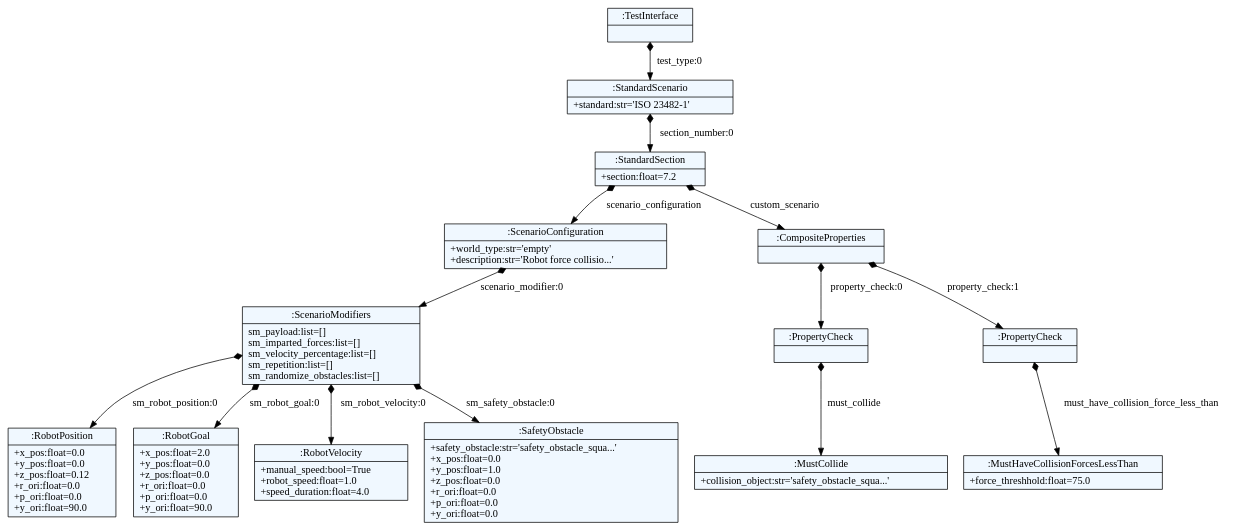
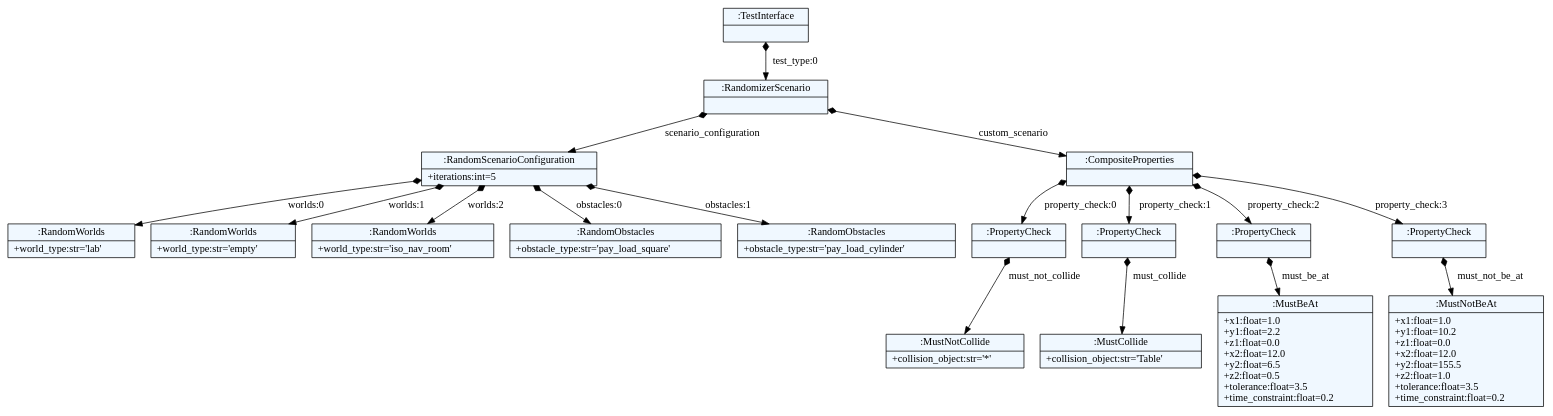
Before and after one commit to SOHAIL1996/property_based_tester: the diagram in src/property_based_tester/property_based_language_generation/test_definitions.dot, drawn with Graphviz. The commit also changed 8 other files, not shown here.

Commit message:
Addition, update and fixes to random scenario gen.

```diff
--- a/src/property_based_tester/property_based_language_generation/test_definitions.dot
+++ b/src/property_based_tester/property_based_language_generation/test_definitions.dot
@@ -1,42 +1,48 @@
 
     digraph textX {
     fontname = "Bitstream Vera Sans"
     fontsize = 8
     node[
         shape=record,
         style=filled,
         fillcolor=aliceblue
     ]
     nodesep = 0.3
     edge[dir=black,arrowtail=empty]
 
 
-140522623145968 -> 140522623145584 [label="test_type:0" arrowtail=diamond dir=both]
-140522623145584 -> 140522623144816 [label="section_number:0" arrowtail=diamond dir=both]
-140522623144816 -> 140522623144336 [label="scenario_configuration" arrowtail=diamond dir=both]
-140522623144336 -> 140522623144192 [label="scenario_modifier:0" arrowtail=diamond dir=both]
-140522623144192 -> 140522623265280 [label="sm_robot_position:0" arrowtail=diamond dir=both]
-140522623265280[label="{:RobotPosition|+x_pos:float=0.0\l+y_pos:float=0.0\l+z_pos:float=0.12\l+r_ori:float=0.0\l+p_ori:float=0.0\l+y_ori:float=90.0\l}"]
-140522623144192 -> 140522623266048 [label="sm_robot_goal:0" arrowtail=diamond dir=both]
-140522623266048[label="{:RobotGoal|+x_pos:float=2.0\l+y_pos:float=0.0\l+z_pos:float=0.0\l+r_ori:float=0.0\l+p_ori:float=0.0\l+y_ori:float=90.0\l}"]
-140522623144192 -> 140522623266096 [label="sm_robot_velocity:0" arrowtail=diamond dir=both]
-140522623266096[label="{:RobotVelocity|+manual_speed:bool=True\l+robot_speed:float=1.0\l+speed_duration:float=4.0\l}"]
-140522623144192 -> 140522623265760 [label="sm_safety_obstacle:0" arrowtail=diamond dir=both]
-140522623265760[label="{:SafetyObstacle|+safety_obstacle:str='safety_obstacle_squa...'\l+x_pos:float=0.0\l+y_pos:float=1.0\l+z_pos:float=0.0\l+r_ori:float=0.0\l+p_ori:float=0.0\l+y_ori:float=0.0\l}"]
-140522623144192[label="{:ScenarioModifiers|sm_payload:list=[]\lsm_imparted_forces:list=[]\lsm_velocity_percentage:list=[]\lsm_repetition:list=[]\lsm_randomize_obstacles:list=[]\l}"]
-140522623144336[label="{:ScenarioConfiguration|+world_type:str='empty'\l+description:str='Robot force collisio...'\l}"]
-140522623144816 -> 140522623144000 [label="custom_scenario" arrowtail=diamond dir=both]
-140522623144000 -> 140522623265808 [label="property_check:0" arrowtail=diamond dir=both]
-140522623265808 -> 140522623264992 [label="must_collide" arrowtail=diamond dir=both]
-140522623264992[label="{:MustCollide|+collision_object:str='safety_obstacle_squa...'\l}"]
-140522623265808[label="{:PropertyCheck|}"]
-140522623144000 -> 140522623264944 [label="property_check:1" arrowtail=diamond dir=both]
-140522623264944 -> 140522623264704 [label="must_have_collision_force_less_than" arrowtail=diamond dir=both]
-140522623264704[label="{:MustHaveCollisionForcesLessThan|+force_threshhold:float=75.0\l}"]
-140522623264944[label="{:PropertyCheck|}"]
-140522623144000[label="{:CompositeProperties|}"]
-140522623144816[label="{:StandardSection|+section:float=7.2\l}"]
-140522623145584[label="{:StandardScenario|+standard:str='ISO 23482-1'\l}"]
-140522623145968[label="{:TestInterface|}"]
+140656333961248 -> 140656333960288 [label="test_type:0" arrowtail=diamond dir=both]
+140656333960288 -> 140656333960048 [label="scenario_configuration" arrowtail=diamond dir=both]
+140656333960048 -> 140656333959472 [label="worlds:0" arrowtail=diamond dir=both]
+140656333959472[label="{:RandomWorlds|+world_type:str='lab'\l}"]
+140656333960048 -> 140656334118624 [label="worlds:1" arrowtail=diamond dir=both]
+140656334118624[label="{:RandomWorlds|+world_type:str='empty'\l}"]
+140656333960048 -> 140656334118336 [label="worlds:2" arrowtail=diamond dir=both]
+140656334118336[label="{:RandomWorlds|+world_type:str='iso_nav_room'\l}"]
+140656333960048 -> 140656334117856 [label="obstacles:0" arrowtail=diamond dir=both]
+140656334117856[label="{:RandomObstacles|+obstacle_type:str='pay_load_square'\l}"]
+140656333960048 -> 140656334117520 [label="obstacles:1" arrowtail=diamond dir=both]
+140656334117520[label="{:RandomObstacles|+obstacle_type:str='pay_load_cylinder'\l}"]
+140656333960048[label="{:RandomScenarioConfiguration|+iterations:int=5\l}"]
+140656333960288 -> 140656333959712 [label="custom_scenario" arrowtail=diamond dir=both]
+140656333959712 -> 140656334117472 [label="property_check:0" arrowtail=diamond dir=both]
+140656334117472 -> 140656334117376 [label="must_not_collide" arrowtail=diamond dir=both]
+140656334117376[label="{:MustNotCollide|+collision_object:str='*'\l}"]
+140656334117472[label="{:PropertyCheck|}"]
+140656333959712 -> 140656334117088 [label="property_check:1" arrowtail=diamond dir=both]
+140656334117088 -> 140656334116944 [label="must_collide" arrowtail=diamond dir=both]
+140656334116944[label="{:MustCollide|+collision_object:str='Table'\l}"]
+140656334117088[label="{:PropertyCheck|}"]
+140656333959712 -> 140656334116896 [label="property_check:2" arrowtail=diamond dir=both]
+140656334116896 -> 140656333950880 [label="must_be_at" arrowtail=diamond dir=both]
+140656333950880[label="{:MustBeAt|+x1:float=1.0\l+y1:float=2.2\l+z1:float=0.0\l+x2:float=12.0\l+y2:float=6.5\l+z2:float=0.5\l+tolerance:float=3.5\l+time_constraint:float=0.2\l}"]
+140656334116896[label="{:PropertyCheck|}"]
+140656333959712 -> 140656334116320 [label="property_check:3" arrowtail=diamond dir=both]
+140656334116320 -> 140656333950592 [label="must_not_be_at" arrowtail=diamond dir=both]
+140656333950592[label="{:MustNotBeAt|+x1:float=1.0\l+y1:float=10.2\l+z1:float=0.0\l+x2:float=12.0\l+y2:float=155.5\l+z2:float=1.0\l+tolerance:float=3.5\l+time_constraint:float=0.2\l}"]
+140656334116320[label="{:PropertyCheck|}"]
+140656333959712[label="{:CompositeProperties|}"]
+140656333960288[label="{:RandomizerScenario|}"]
+140656333961248[label="{:TestInterface|}"]
 
 }
```
